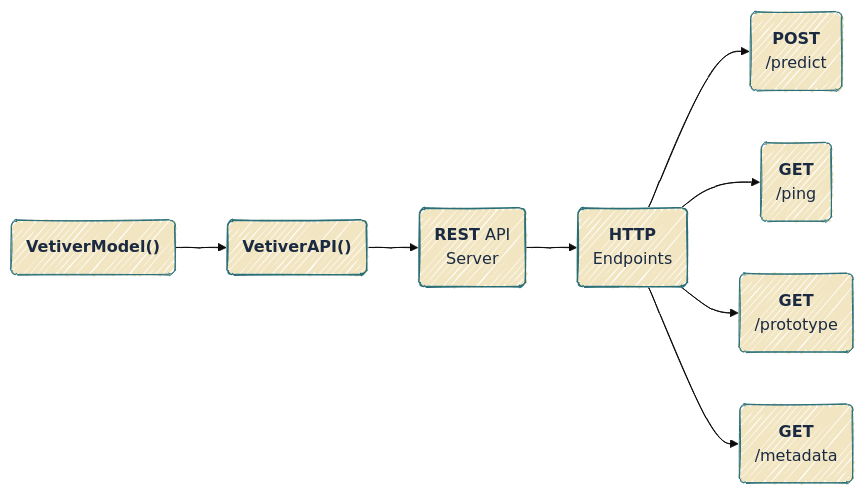
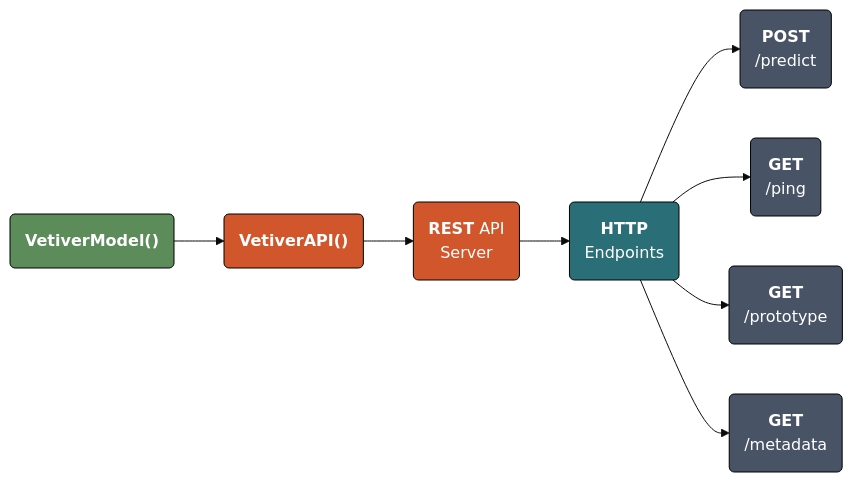
The fifth of 5 diagrams in lab02.qmd (mjfrigaard/do4ds-labs), drawn with Mermaid before and after one commit. The commit also changed other lines of this file and 48 other files, not shown here.

````diff
--- a/lab02.qmd
+++ b/lab02.qmd
@@ -414,24 +437,26 @@
 ```{mermaid}
 %%| fig-cap: 'VetiverAPI()'
-%%| fig-align: center
-%%{init: {'theme': 'base', 'look': 'handDrawn', 'themeVariables': {'fontFamily': 'monospace'}}}%%
+%%| fig-align: 'center'
+%%{init: {'theme': 'base', 'themeVariables': {'fontFamily': 'monospace'}}}%%
 
 flowchart LR
     VetMod("<strong>VetiverModel()</strong>") --> VetAPI("<strong>VetiverAPI()</strong>")
     VetAPI --> REST("<strong>REST</strong> API<br>Server")
     REST --> HttpEP("<strong>HTTP</strong><br>Endpoints")
     
     HttpEP --> Post("<strong>POST</strong><br>/predict")
     HttpEP --> GetPing("<strong>GET</strong><br>/ping")
     HttpEP --> GetProto("<strong>GET</strong><br>/prototype")
     HttpEP --> GetMeta("<strong>GET</strong><br>/metadata")
 
     %% Style for outputs %%
-    style VetMod stroke-width:1px, rx:10, ry:10, font-size:16px
-    style Post stroke-width:1px, rx:10, ry:10, font-size:16px
-    style GetPing stroke-width:1px, rx:10, ry:10, font-size:16px
-    style GetProto stroke-width:1px, rx:10, ry:10, font-size:16px
-    style GetMeta stroke-width:1px, rx:10, ry:10, font-size:16px
-    classDef default fill:#F2E6C2,stroke:#2A6F77,color:#1B2A41
+    style VetMod fill:#5B8C5A,stroke:#000000,stroke-width:1px,color:#ffffff
+    style VetAPI fill:#D2562B,stroke:#000000,stroke-width:1px,color:#ffffff
+    style REST fill:#D2562B,stroke:#000000,stroke-width:1px,color:#ffffff
+    style HttpEP fill:#2A6F77,stroke:#000000,stroke-width:1px,color:#ffffff
+    style Post fill:#485466,stroke:#000000,stroke-width:1px,color:#ffffff
+    style GetPing fill:#485466,stroke:#000000,stroke-width:1px,color:#ffffff
+    style GetProto fill:#485466,stroke:#000000,stroke-width:1px,color:#ffffff
+    style GetMeta fill:#485466,stroke:#000000,stroke-width:1px,color:#ffffff
 
 ```
````
